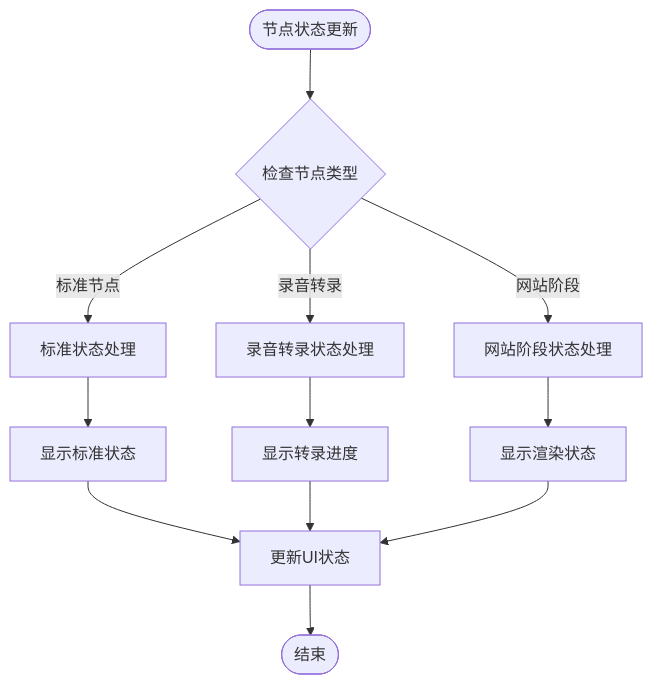
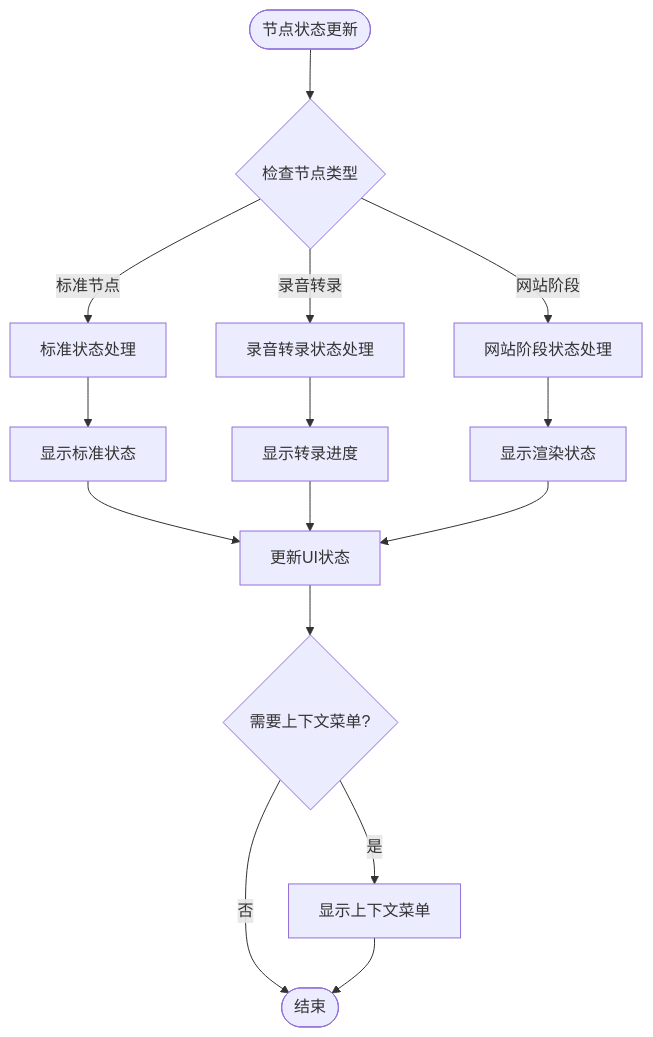
One commit to scottcwy/PurpleInk changed the eighth of 19 diagrams in .qoder/repowiki/zh/content/画布编辑器/画布编辑器.md. Above: the diagram before and after it, drawn with Mermaid. The commit also changed other lines of this file and 23 other files, not shown here.

````diff
--- a/.qoder/repowiki/zh/content/画布编辑器/画布编辑器.md
+++ b/.qoder/repowiki/zh/content/画布编辑器/画布编辑器.md
@@ -409,14 +537,17 @@
 ```mermaid
 flowchart TD
 Start(["节点状态更新"]) --> CheckType{"检查节点类型"}
 CheckType --> |标准节点| StandardStatus["标准状态处理"]
 CheckType --> |录音转录| RecordingStatus["录音转录状态处理"]
 CheckType --> |网站阶段| WebsiteStatus["网站阶段状态处理"]
 StandardStatus --> DisplayState["显示标准状态"]
 RecordingStatus --> DisplayRecording["显示转录进度"]
 WebsiteStatus --> DisplayWebsite["显示渲染状态"]
 DisplayState --> UpdateUI["更新UI状态"]
 DisplayRecording --> UpdateUI
 DisplayWebsite --> UpdateUI
-UpdateUI --> End(["结束"])
+UpdateUI --> CheckContextMenu{"需要上下文菜单?"}
+CheckContextMenu --> |是| ShowContextMenu["显示上下文菜单"]
+CheckContextMenu --> |否| End(["结束"])
+ShowContextMenu --> End
 ```
````
